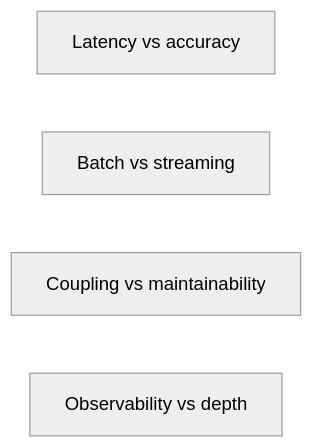
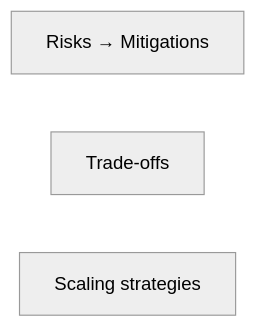
One commit to alienfacepalm/columbia-social-order-use-case changed the tenth of 10 diagrams in presentation.md. Above: the diagram before and after it, drawn with Mermaid (neutral theme). The commit also changed other lines of this file and 3 other files, not shown here.

````diff
--- a/presentation.md
+++ b/presentation.md
@@ -354,7 +388,6 @@
 ```mermaid
 flowchart LR
-    T1["Latency vs accuracy"]
-    T2["Batch vs streaming"]
-    T3["Coupling vs maintainability"]
-    T4["Observability vs depth"]
+    R1["Risks → Mitigations"]
+    T1["Trade-offs"]
+    S1["Scaling strategies"]
 ```
````
